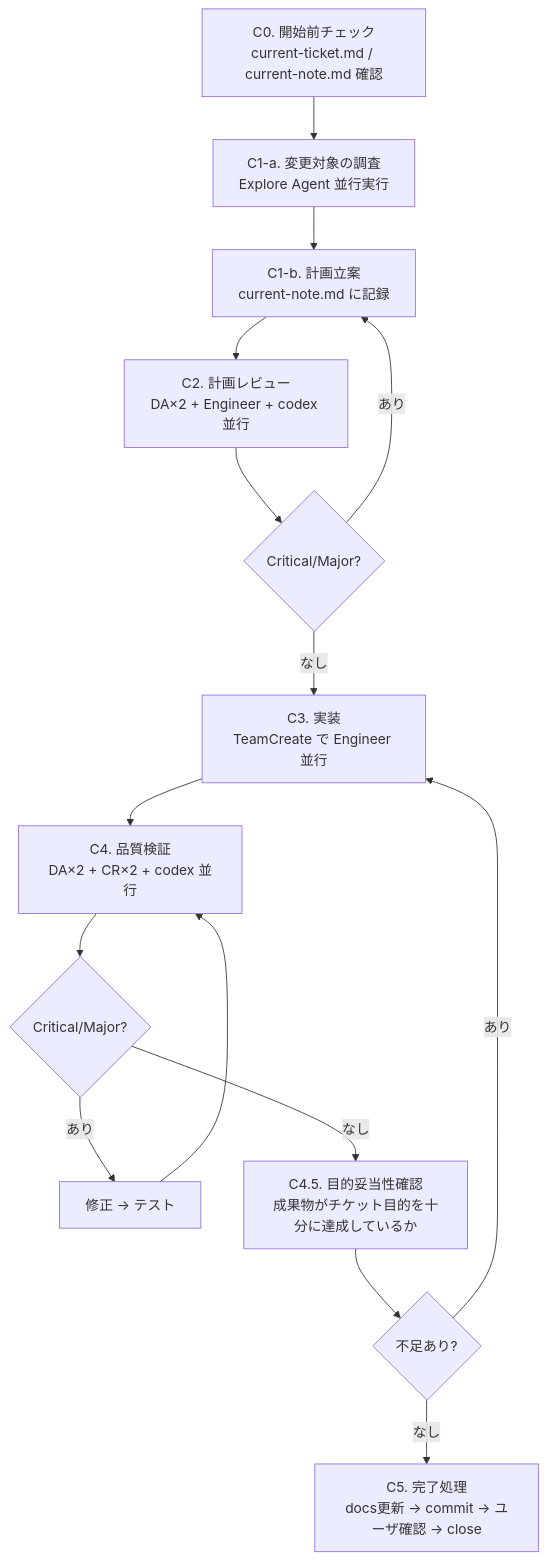
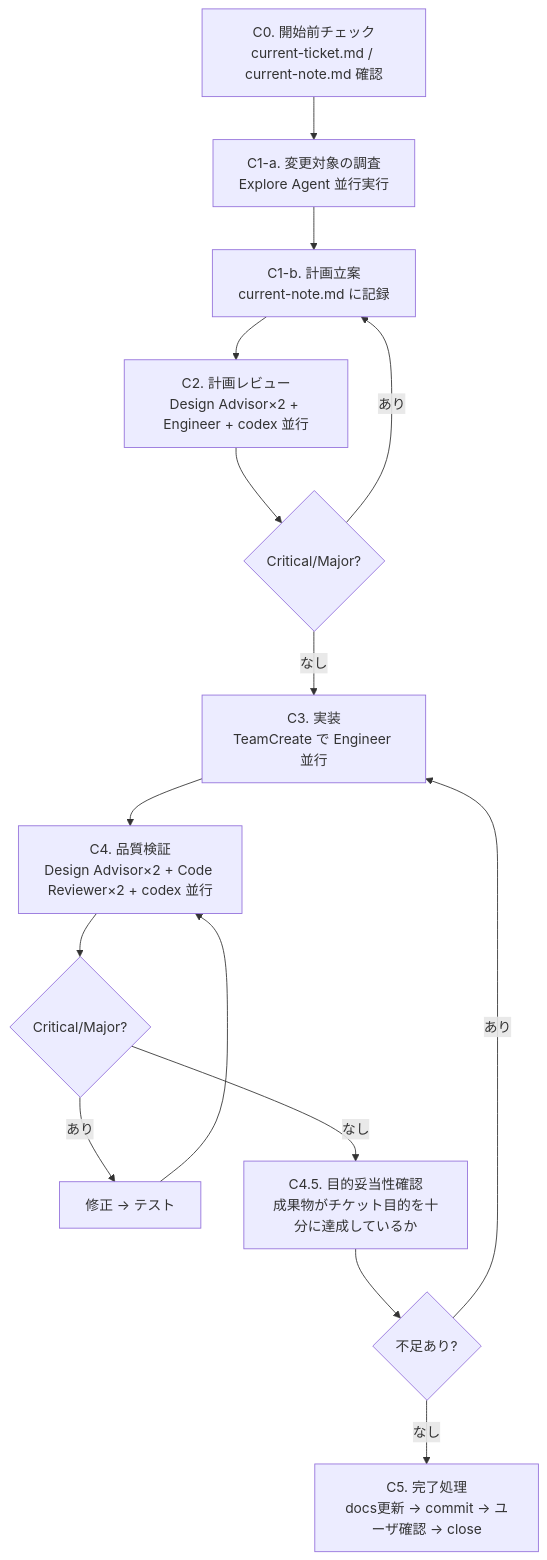
One commit to masuidrive/pdh changed the second of 3 diagrams in skills/pdh-dev/SKILL.md. Above: the diagram before and after it, drawn with Mermaid. The commit also changed other lines of this file and 6 other files, not shown here.

````diff
--- a/skills/pdh-dev/SKILL.md
+++ b/skills/pdh-dev/SKILL.md
@@ -43,17 +50,17 @@
 ```mermaid
 flowchart TD
     C0["C0. 開始前チェック<br/>current-ticket.md / current-note.md 確認"] --> C1a
     C1a["C1-a. 変更対象の調査<br/>Explore Agent 並行実行"] --> C1b
     C1b["C1-b. 計画立案<br/>current-note.md に記録"] --> C2
-    C2["C2. 計画レビュー<br/>DA×2 + Engineer + codex 並行"] --> C2q{"Critical/Major?"}
+    C2["C2. 計画レビュー<br/>Design Advisor×2 + Engineer + codex 並行"] --> C2q{"Critical/Major?"}
     C2q -- "あり" --> C1b
     C2q -- "なし" --> C3
     C3["C3. 実装<br/>TeamCreate で Engineer 並行"] --> C4
-    C4["C4. 品質検証<br/>DA×2 + CR×2 + codex 並行"] --> C4q{"Critical/Major?"}
+    C4["C4. 品質検証<br/>Design Advisor×2 + Code Reviewer×2 + codex 並行"] --> C4q{"Critical/Major?"}
     C4q -- "あり" --> C4fix["修正 → テスト"] --> C4
     C4q -- "なし" --> C45
     C45["C4.5. 目的妥当性確認<br/>成果物がチケット目的を十分に達成しているか"] --> C45q{"不足あり?"}
     C45q -- "あり" --> C3
     C45q -- "なし" --> C5
     C5["C5. 完了処理<br/>docs更新 → commit → ユーザ確認 → close"]
 ```
````
